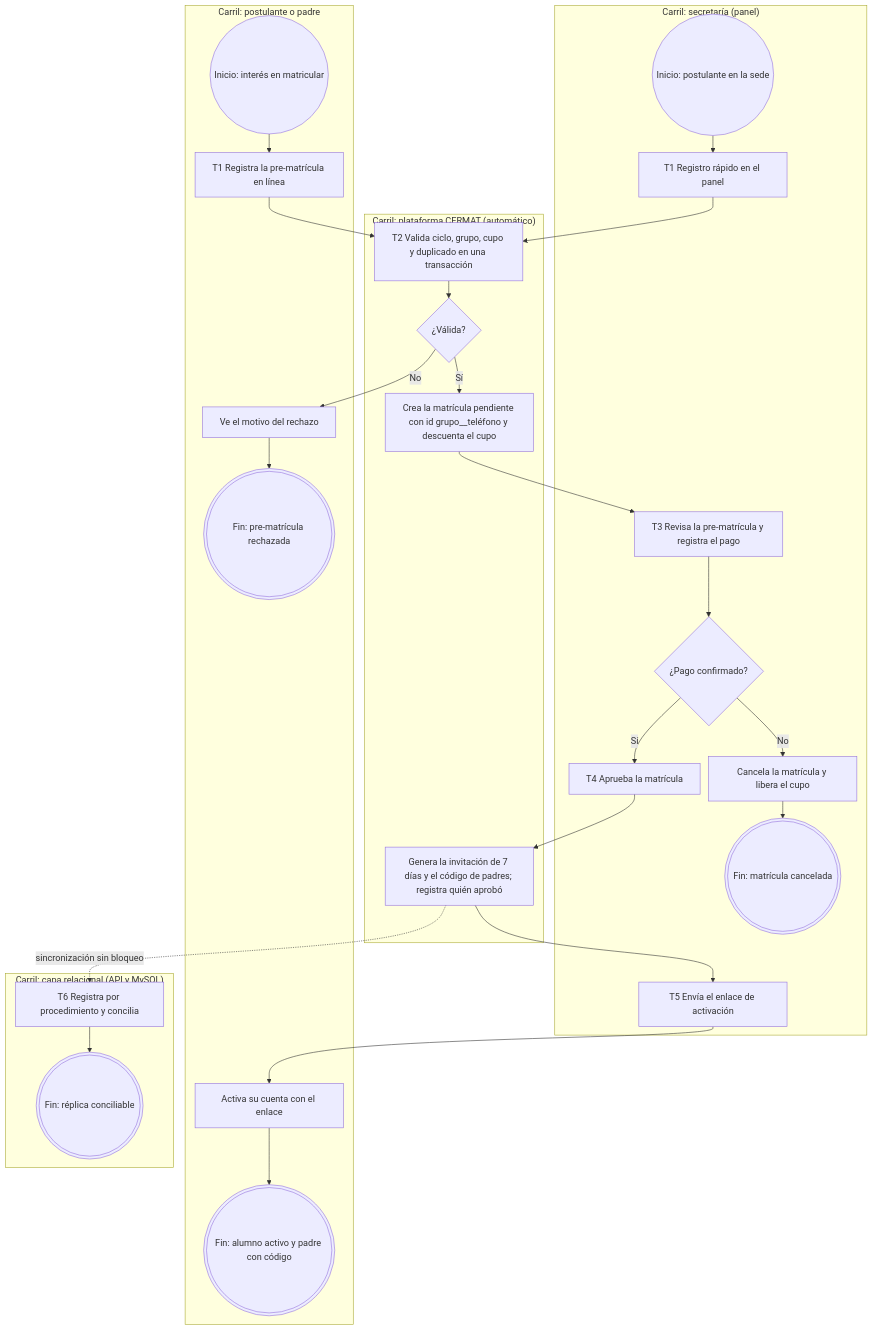
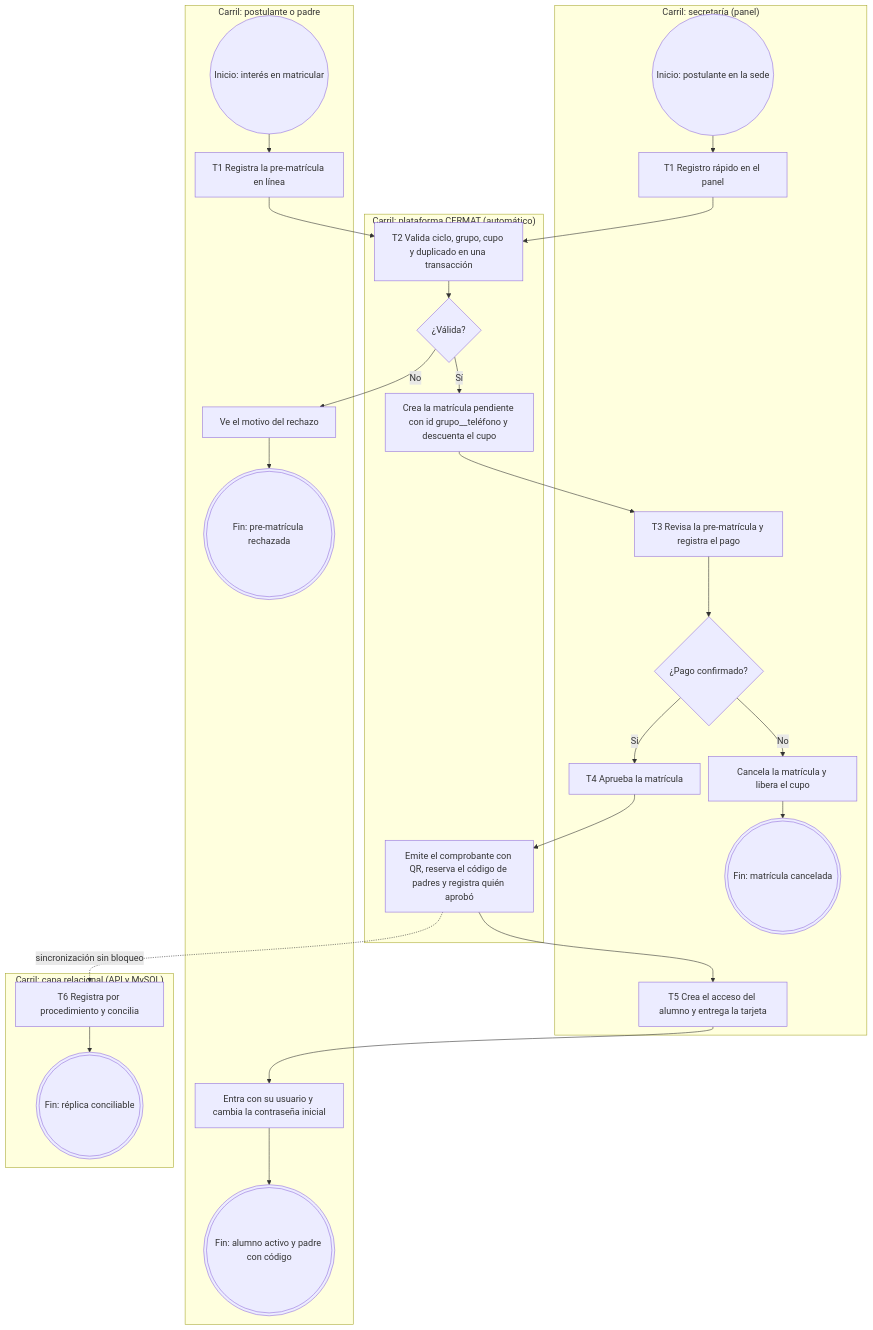
The third of 3 diagrams in docs/gestion-ti/e4-modelado-procesos-ce0131.md (yucradavid/Perfil-de-egreso-Plataforma-Web-Integral-CERMAT), drawn with Mermaid before and after one commit. The commit also changed other lines of this file and 27 other files, not shown here.

````diff
--- a/docs/gestion-ti/e4-modelado-procesos-ce0131.md
+++ b/docs/gestion-ti/e4-modelado-procesos-ce0131.md
@@ -196,40 +196,40 @@
 ```mermaid
 %%{init: {"flowchart": {"nodeSpacing": 15, "rankSpacing": 30}}}%%
 flowchart TB
   subgraph POS["Carril: postulante o padre"]
     S1(("Inicio: interés en matricular"))
     T1["T1 Registra la pre-matrícula en línea"]
     R1["Ve el motivo del rechazo"]
     F1((("Fin: pre-matrícula rechazada")))
-    T8["Activa su cuenta con el enlace"]
+    T8["Entra con su usuario y cambia la contraseña inicial"]
     F3((("Fin: alumno activo y padre con código")))
   end
   subgraph PLA["Carril: plataforma CERMAT (automático)"]
     T2["T2 Valida ciclo, grupo, cupo y duplicado en una transacción"]
     G1{"¿Válida?"}
     T2B["Crea la matrícula pendiente con id grupo__teléfono y descuenta el cupo"]
-    T4B["Genera la invitación de 7 días y el código de padres; registra quién aprobó"]
+    T4B["Emite el comprobante con QR, reserva el código de padres y registra quién aprobó"]
   end
   subgraph ADM["Carril: secretaría (panel)"]
     S2(("Inicio: postulante en la sede"))
     T1B["T1 Registro rápido en el panel"]
     T3["T3 Revisa la pre-matrícula y registra el pago"]
     G2{"¿Pago confirmado?"}
     T3B["Cancela la matrícula y libera el cupo"]
     F2((("Fin: matrícula cancelada")))
     T4["T4 Aprueba la matrícula"]
-    T5["T5 Envía el enlace de activación"]
+    T5["T5 Crea el acceso del alumno y entrega la tarjeta"]
   end
   subgraph LOC["Carril: capa relacional (API y MySQL)"]
     T6["T6 Registra por procedimiento y concilia"]
     F4((("Fin: réplica conciliable")))
   end
   S1 --> T1 --> T2
   S2 --> T1B --> T2
   T2 --> G1
   G1 -- "No" --> R1 --> F1
   G1 -- "Sí" --> T2B --> T3 --> G2
   G2 -- "No" --> T3B --> F2
   G2 -- "Sí" --> T4 --> T4B --> T5 --> T8 --> F3
   T4B -. "sincronización sin bloqueo" .-> T6 --> F4
 ```
````
